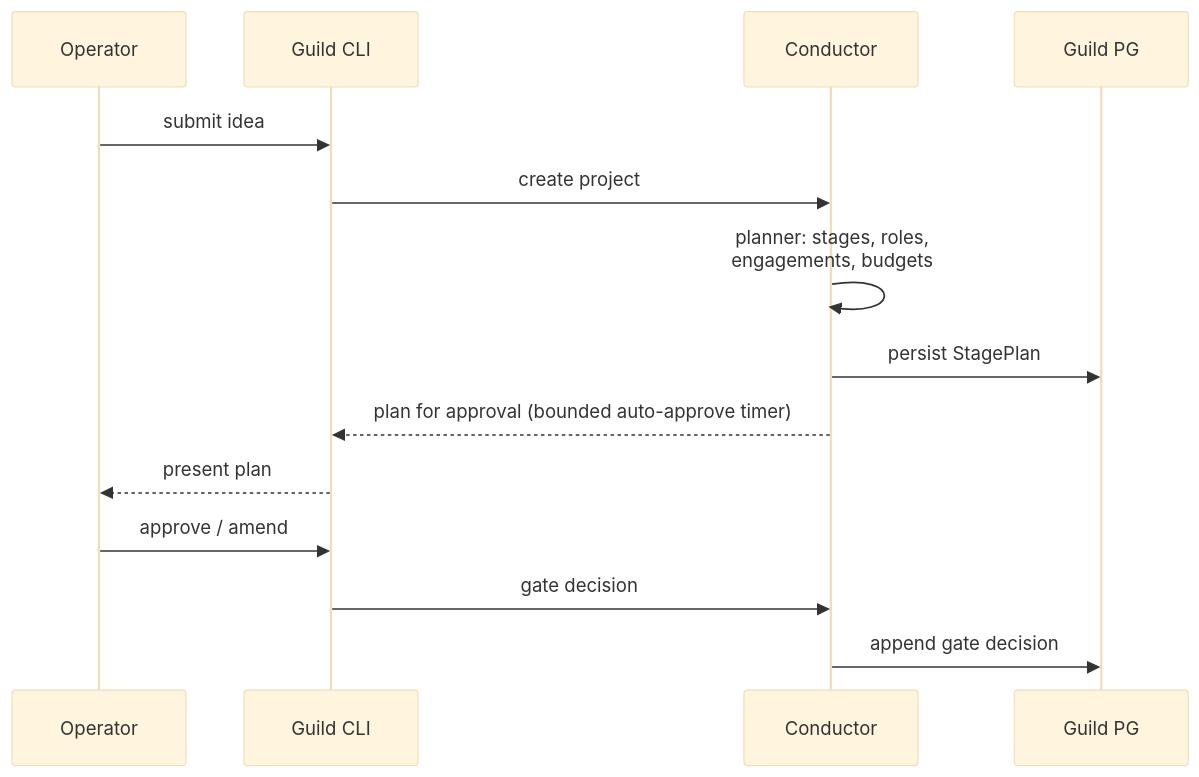
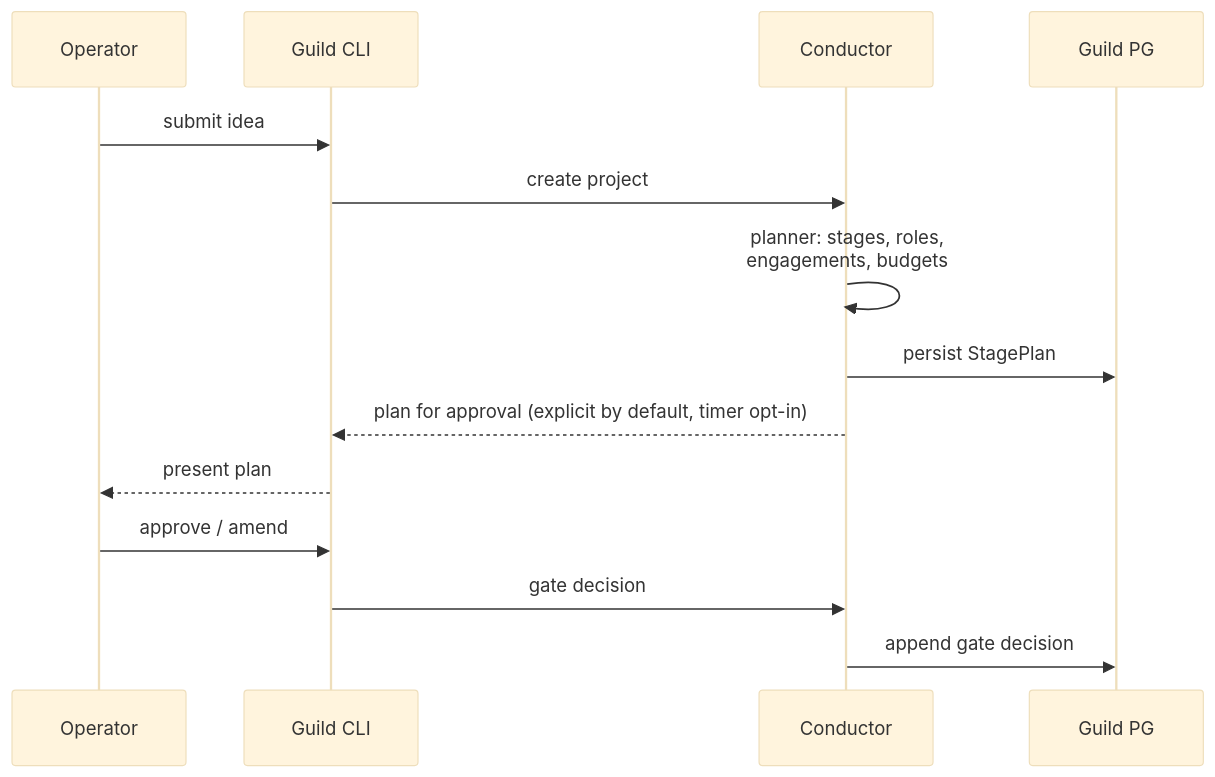
The fourth of 8 diagrams in docs/OVERVIEW.md (maacarbo/guild), drawn with Mermaid (base theme) before and after one commit. The commit also changed other lines of this file and 8 other files, not shown here.

First line of the commit message:
Apply accepted external-review findings: contract execution spec, budget attribution, approval default, M1 split, dev hardening

````diff
--- a/docs/OVERVIEW.md
+++ b/docs/OVERVIEW.md
@@ -114,16 +114,16 @@
 ```mermaid
 sequenceDiagram
     participant OP as Operator
     participant CLI as Guild CLI
     participant C as Conductor
     participant G as Guild PG
     OP->>CLI: submit idea
     CLI->>C: create project
     C->>C: planner: stages, roles,<br/>engagements, budgets
     C->>G: persist StagePlan
-    C-->>CLI: plan for approval (bounded auto-approve timer)
+    C-->>CLI: plan for approval (explicit by default, timer opt-in)
     CLI-->>OP: present plan
     OP->>CLI: approve / amend
     CLI->>C: gate decision
     C->>G: append gate decision
 ```
````
